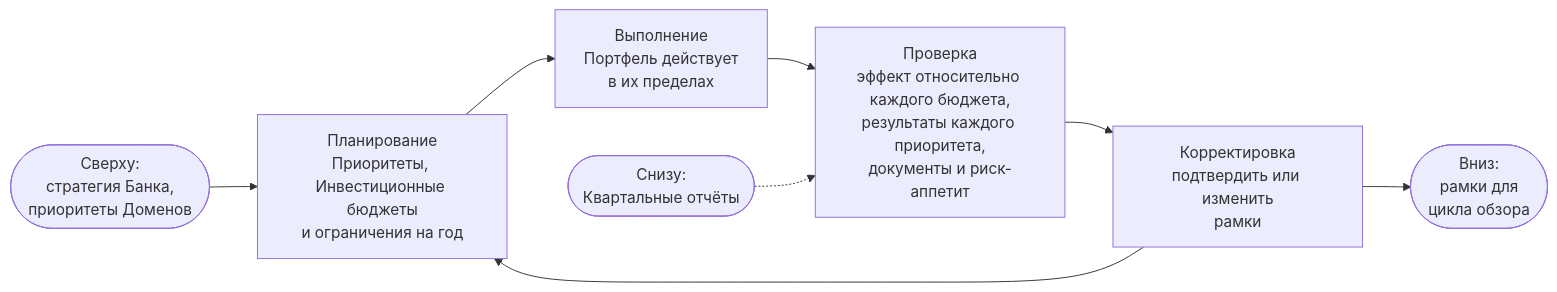
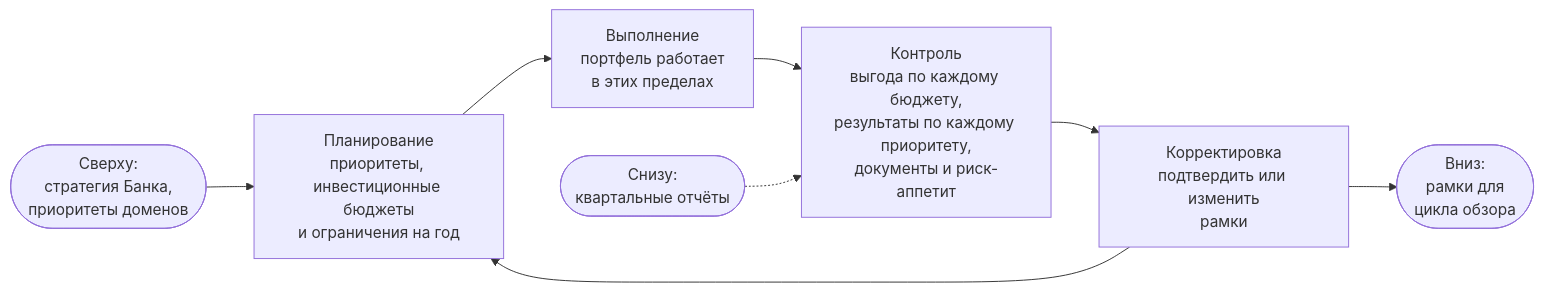
One commit to devhogu/ob-aicc changed the second of 5 diagrams in portal/content/ru/portfolio/the-loops-and-governance.md. Above: the diagram before and after it, drawn with Mermaid. The commit also changed other lines of this file and 16 other files, not shown here.

````diff
--- a/portal/content/ru/portfolio/the-loops-and-governance.md
+++ b/portal/content/ru/portfolio/the-loops-and-governance.md
@@ -40,10 +40,10 @@
 ```mermaid
 flowchart LR
-  IN(["Сверху:<br/>стратегия Банка,<br/>приоритеты Доменов"]) --> P["Планирование<br/>Приоритеты, Инвестиционные бюджеты<br/>и ограничения на год"]
-  P --> D["Выполнение<br/>Портфель действует<br/>в их пределах"]
-  D --> C["Проверка<br/>эффект относительно каждого бюджета,<br/>результаты каждого приоритета,<br/>документы и риск-аппетит"]
+  IN(["Сверху:<br/>стратегия Банка,<br/>приоритеты доменов"]) --> P["Планирование<br/>приоритеты, инвестиционные бюджеты<br/>и ограничения на год"]
+  P --> D["Выполнение<br/>портфель работает<br/>в этих пределах"]
+  D --> C["Контроль<br/>выгода по каждому бюджету,<br/>результаты по каждому приоритету,<br/>документы и риск-аппетит"]
   C --> A["Корректировка<br/>подтвердить или изменить<br/>рамки"]
   A --> P
-  EV(["Снизу:<br/>Квартальные отчёты"]) -.-> C
+  EV(["Снизу:<br/>квартальные отчёты"]) -.-> C
   A --> OUT(["Вниз:<br/>рамки для<br/>цикла обзора"])
 ```
````
